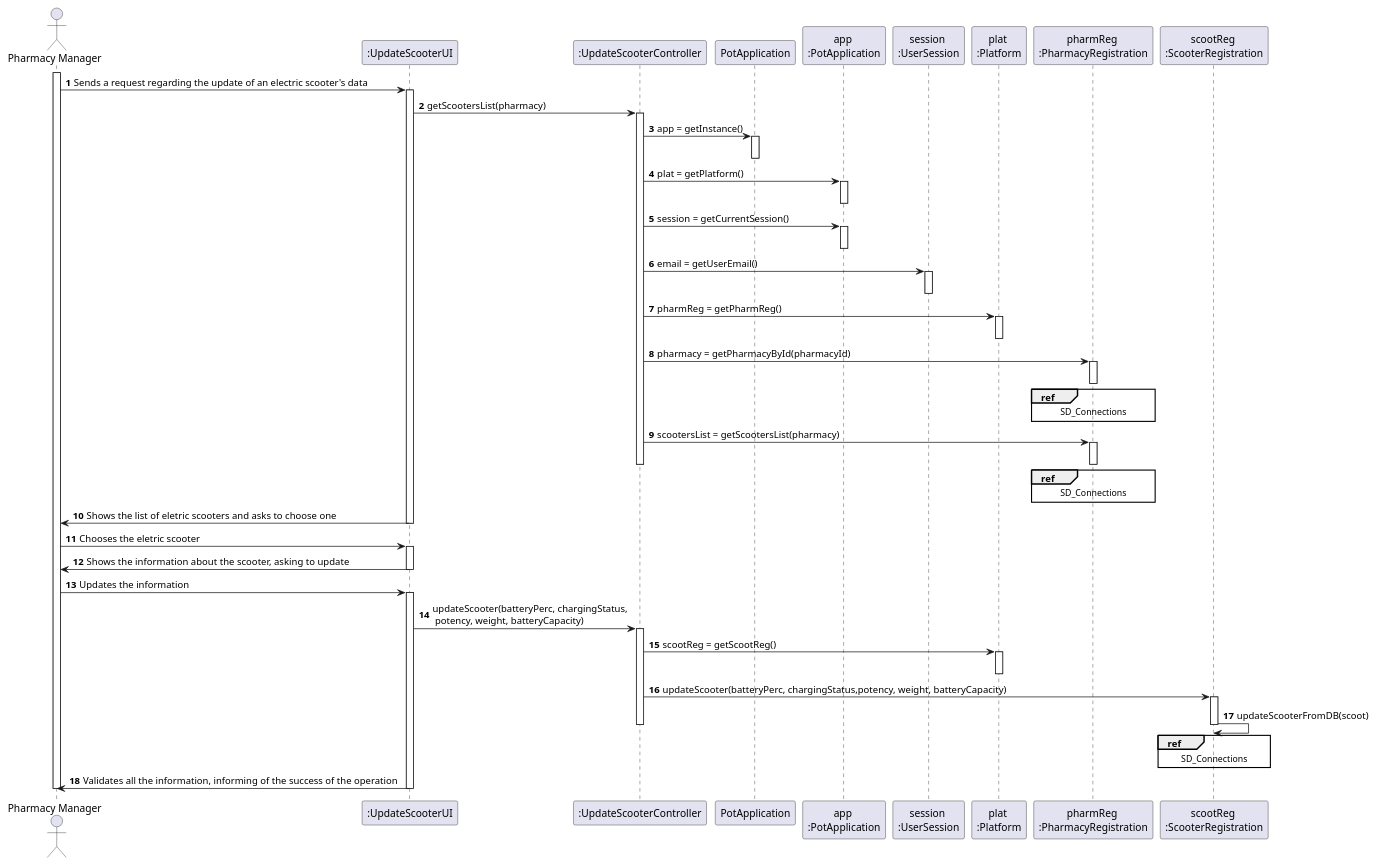
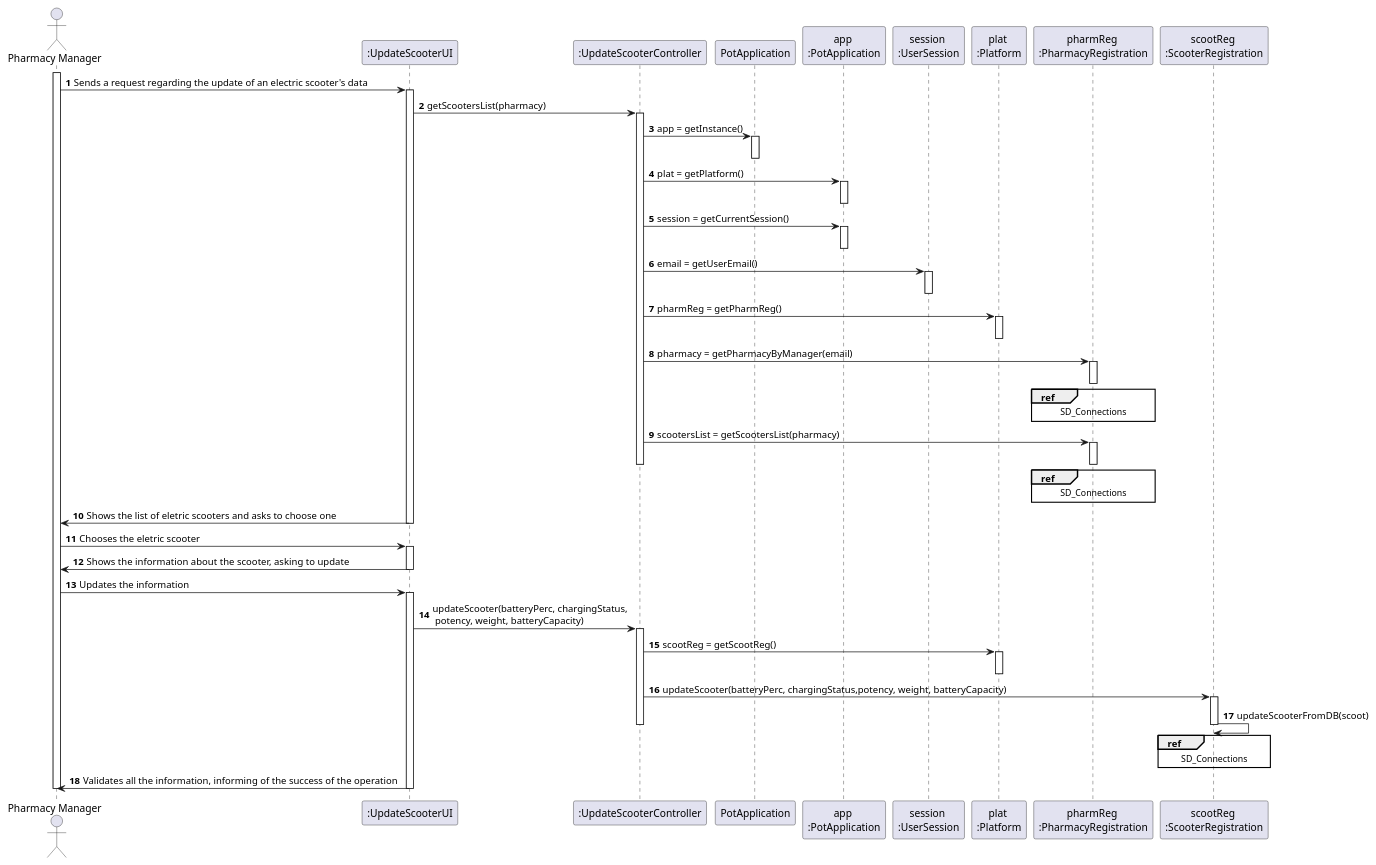
One commit to tiagoavcosta25/LAPR3 changed the diagram in docs/Iteration 1/Scooter Management/US32_UpdateScooter/US32_SD.puml. Above: the diagram before and after it, drawn with PlantUML. The commit also changed 3 other files, not shown here.

```diff
--- a/docs/Iteration 1/Scooter Management/US32_UpdateScooter/US32_SD.puml
+++ b/docs/Iteration 1/Scooter Management/US32_UpdateScooter/US32_SD.puml
@@ -1,80 +1,80 @@
 @startuml
 autonumber
 actor "Pharmacy Manager" as PHARMAN
 
 participant ":UpdateScooterUI" as UI
 participant ":UpdateScooterController" as CTRL
 participant "PotApplication" as PA
 participant "app \n:PotApplication" as APA
 participant "session \n:UserSession" as US
 participant "plat \n:Platform" as PLAT
 participant "pharmReg \n:PharmacyRegistration" as PH
 participant "scootReg \n:ScooterRegistration" as RS
 
 
 
 activate PHARMAN
 
 PHARMAN -> UI : Sends a request regarding the update of an electric scooter's data
 activate UI
 UI -> CTRL : getScootersList(pharmacy)
 activate CTRL
 CTRL -> PA : app = getInstance()
 activate PA
 deactivate PA
 CTRL -> APA : plat = getPlatform()
 activate APA
 deactivate APA
 CTRL -> APA : session = getCurrentSession()
 activate APA
 deactivate APA
 CTRL -> US : email = getUserEmail()
 activate US
 deactivate US
 CTRL -> PLAT : pharmReg = getPharmReg()
 activate PLAT
 deactivate PLAT
-CTRL -> PH : pharmacy = getPharmacyById(pharmacyId)
+CTRL -> PH : pharmacy = getPharmacyByManager(email)
 activate PH
 ref over PH
 SD_Connections
 end ref
 deactivate PH
 CTRL -> PH : scootersList = getScootersList(pharmacy)
 activate PH
 ref over PH
 SD_Connections
 end ref
 deactivate PH
 deactivate CTRL
 UI -> PHARMAN : Shows the list of eletric scooters and asks to choose one
 deactivate UI
 
 PHARMAN -> UI : Chooses the eletric scooter
 activate UI
 
 UI -> PHARMAN : Shows the information about the scooter, asking to update
 deactivate UI
 
 PHARMAN -> UI : Updates the information
 activate UI
 UI -> CTRL : updateScooter(batteryPerc, chargingStatus,\n potency, weight, batteryCapacity)
 activate CTRL
 CTRL -> PLAT : scootReg = getScootReg()
 activate PLAT
 deactivate PLAT
 CTRL -> RS : updateScooter(batteryPerc, chargingStatus,potency, weight, batteryCapacity)
 activate RS
 RS -> RS : updateScooterFromDB(scoot)
 ref over RS
 SD_Connections
 end ref
 deactivate RS
 deactivate CTRL
 UI -> PHARMAN : Validates all the information, informing of the success of the operation
 
 deactivate UI
 
 deactivate PHARMAN
 
 @enduml
```
